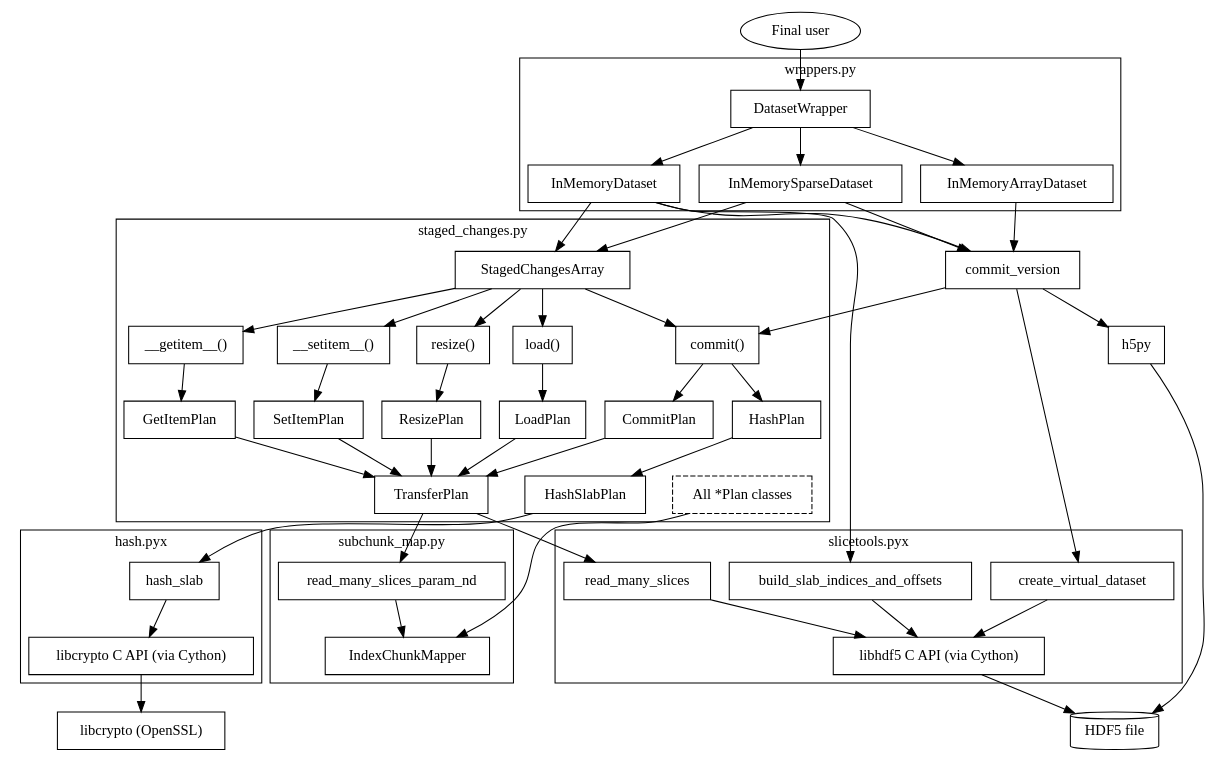
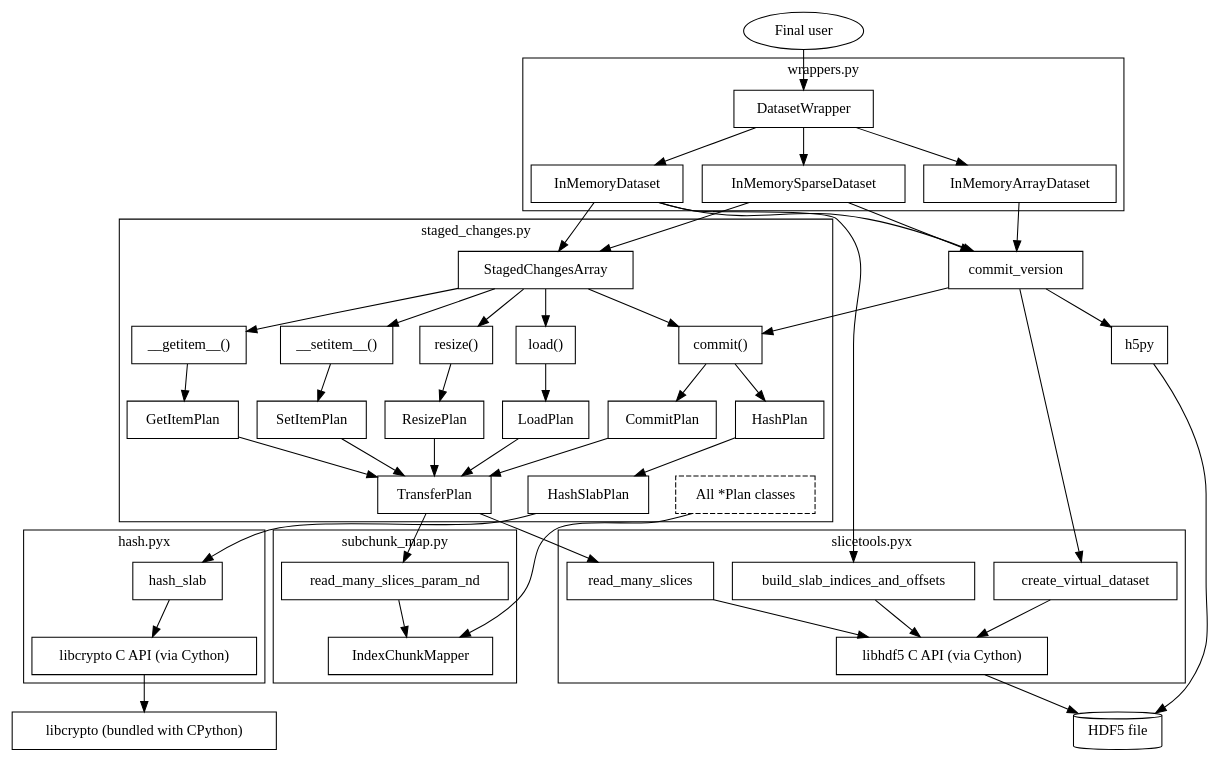
One commit to deshaw/versioned-hdf5 changed the diagram in docs/staged_changes.rst. Above: the diagram before and after it, drawn with Graphviz. The commit also changed 11 other files, not shown here.

```diff
--- a/docs/staged_changes.rst
+++ b/docs/staged_changes.rst
@@ -565,7 +565,7 @@
           libcrypto_api [label="libcrypto C API (via Cython)"]
       }
 
-      libcrypto [label="libcrypto (OpenSSL)"];
+      libcrypto [label="libcrypto (bundled with CPython)"];
       hash_slab -> libcrypto_api -> libcrypto;
 
       user -> DatasetWrapper;
```
